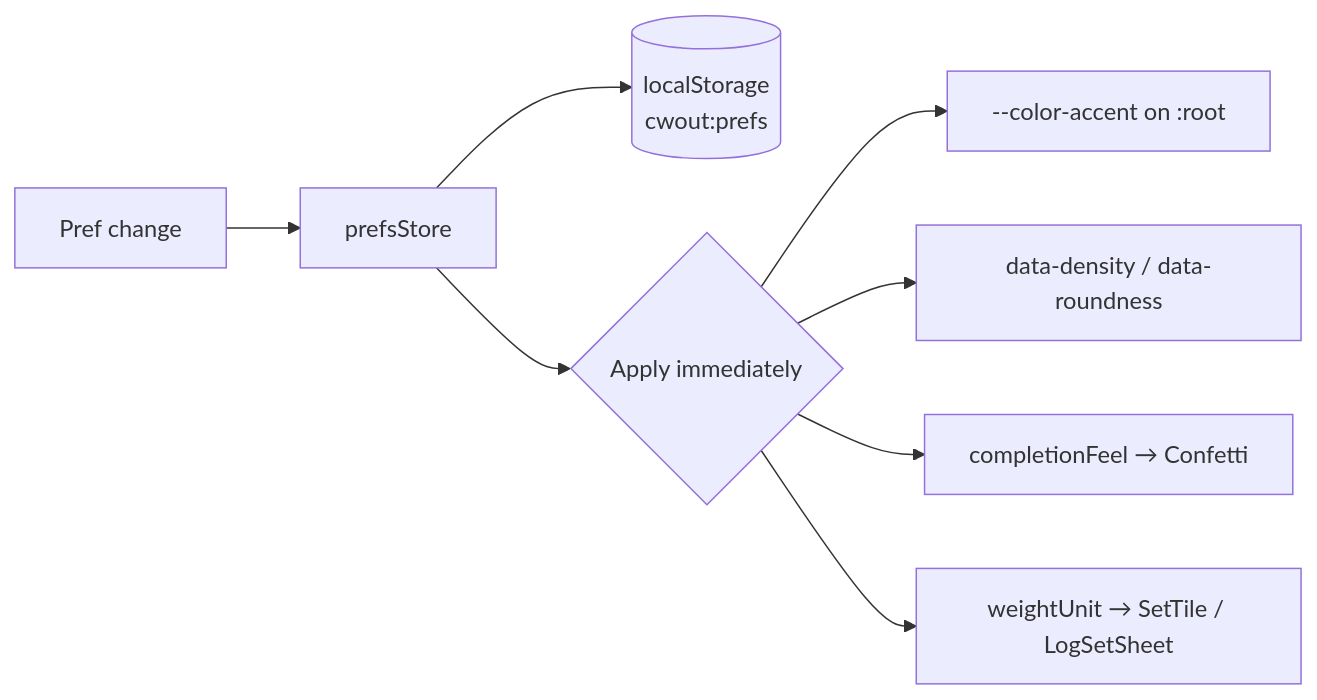
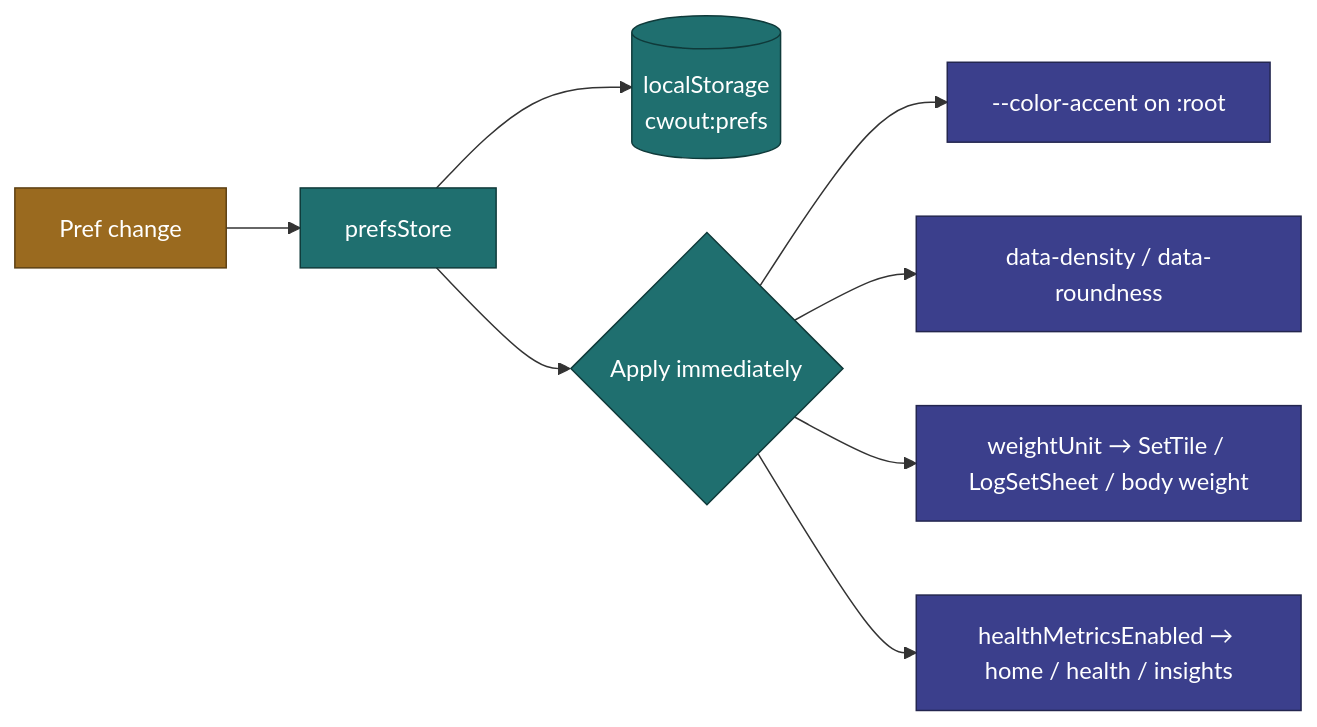
Before and after one commit to jermbo/CosmicWorkOut: the second of 2 diagrams in docs/requirements/settings-preferences.md, drawn with Mermaid. The commit also changed other lines of this file and 132 other files, not shown here.

````diff
--- a/docs/requirements/settings-preferences.md
+++ b/docs/requirements/settings-preferences.md
@@ -29,10 +61,17 @@
 ```mermaid
 flowchart LR
     Change[Pref change] --> Store[prefsStore]
     Store --> LS[("localStorage<br/>cwout:prefs")]
     Store --> Apply{Apply immediately}
     Apply --> CSS["--color-accent on :root"]
     Apply --> Data["data-density / data-roundness"]
-    Apply --> Feel[completionFeel → Confetti]
-    Apply --> Unit[weightUnit → SetTile / LogSetSheet]
+    Apply --> Unit[weightUnit → SetTile / LogSetSheet / body weight]
+    Apply --> Health[healthMetricsEnabled → home / health / insights]
+
+    classDef trigger fill:#9a6a1f,stroke:#5c3f12,color:#ffffff;
+    classDef store fill:#1f6f6f,stroke:#0f3a3a,color:#ffffff;
+    classDef effect fill:#3b3f8c,stroke:#23264f,color:#ffffff;
+    class Change trigger;
+    class Store,LS,Apply store;
+    class CSS,Data,Unit,Health effect;
 ```
````
